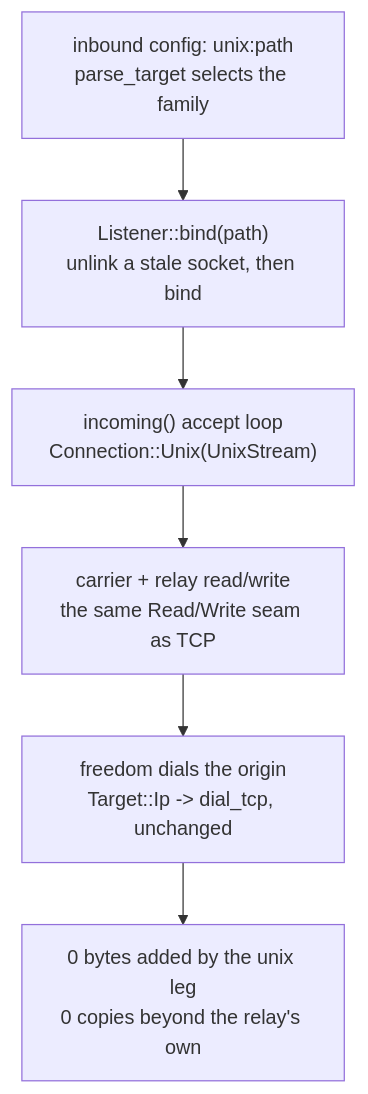
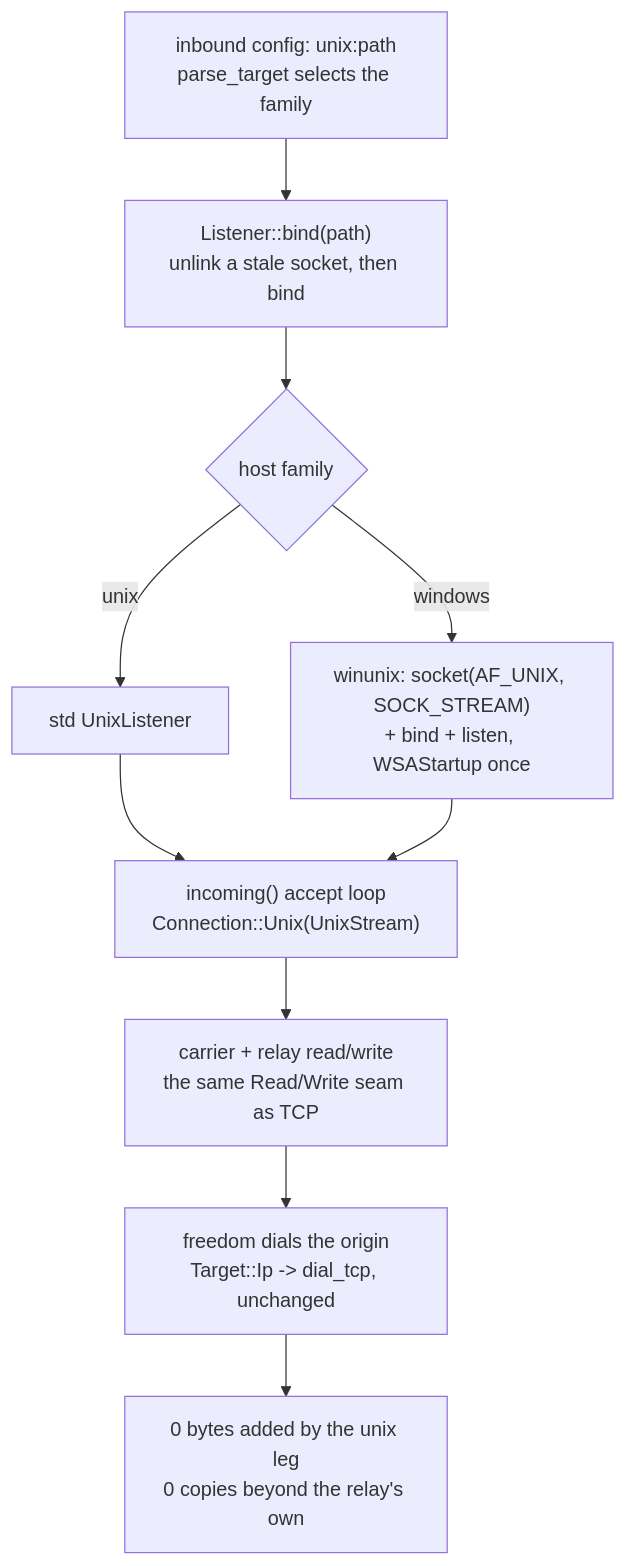
Before and after one commit to Ferrocite/ferrox: the diagram in docs/function/unix.md, drawn with Mermaid. The commit also changed other lines of this file and 10 other files, not shown here.

````diff
--- a/docs/function/unix.md
+++ b/docs/function/unix.md
@@ -11,8 +15,12 @@
 ```mermaid
 graph TD
     A["inbound config: unix:path<br/>parse_target selects the family"] --> B["Listener::bind(path)<br/>unlink a stale socket, then bind"]
-    B --> I["incoming() accept loop<br/>Connection::Unix(UnixStream)"]
+    B --> W{"host family"}
+    W -->|"unix"| B1["std UnixListener"]
+    W -->|"windows"| B2["winunix: socket(AF_UNIX, SOCK_STREAM)<br/>+ bind + listen, WSAStartup once"]
+    B1 --> I["incoming() accept loop<br/>Connection::Unix(UnixStream)"]
+    B2 --> I
     I --> C["carrier + relay read/write<br/>the same Read/Write seam as TCP"]
     C --> D["freedom dials the origin<br/>Target::Ip -> dial_tcp, unchanged"]
     D --> Z["0 bytes added by the unix leg<br/>0 copies beyond the relay's own"]
 ```
````
